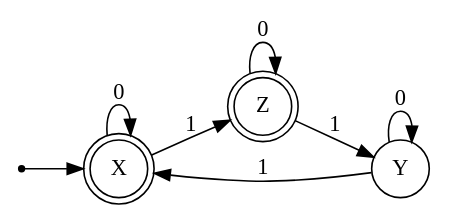
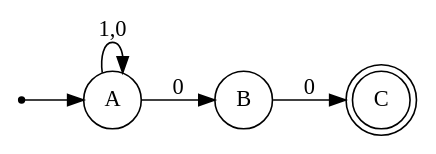
One commit to JhonF424/proyecto2-automatas changed the diagram in fsm.gv. Above: the diagram before and after it, drawn with Graphviz. The commit also changed 13 other files, not shown here.

Commit message:
Implementando AFND to AFD - Graphviz

```diff
--- a/fsm.gv
+++ b/fsm.gv
@@ -1,17 +1,14 @@
 digraph automata {
 	rankdir=LR size="8,5"
+	node [shape=circle]
+	A
+	node [shape=point]
+	init -> A
+	node [shape=circle]
+	B
 	node [shape=doublecircle]
-	X
-	node [shape=point]
-	init -> X
-	node [shape=circle]
-	Y
-	node [shape=doublecircle]
-	Z
-	X -> X [label=0]
-	X -> Z [label=1]
-	Z -> Y [label=1]
-	Z -> Z [label=0]
-	Y -> Y [label=0]
-	Y -> X [label=1]
+	C
+	A -> B [label=0]
+	B -> C [label=0]
+	A -> A [label="1,0"]
 }
```
